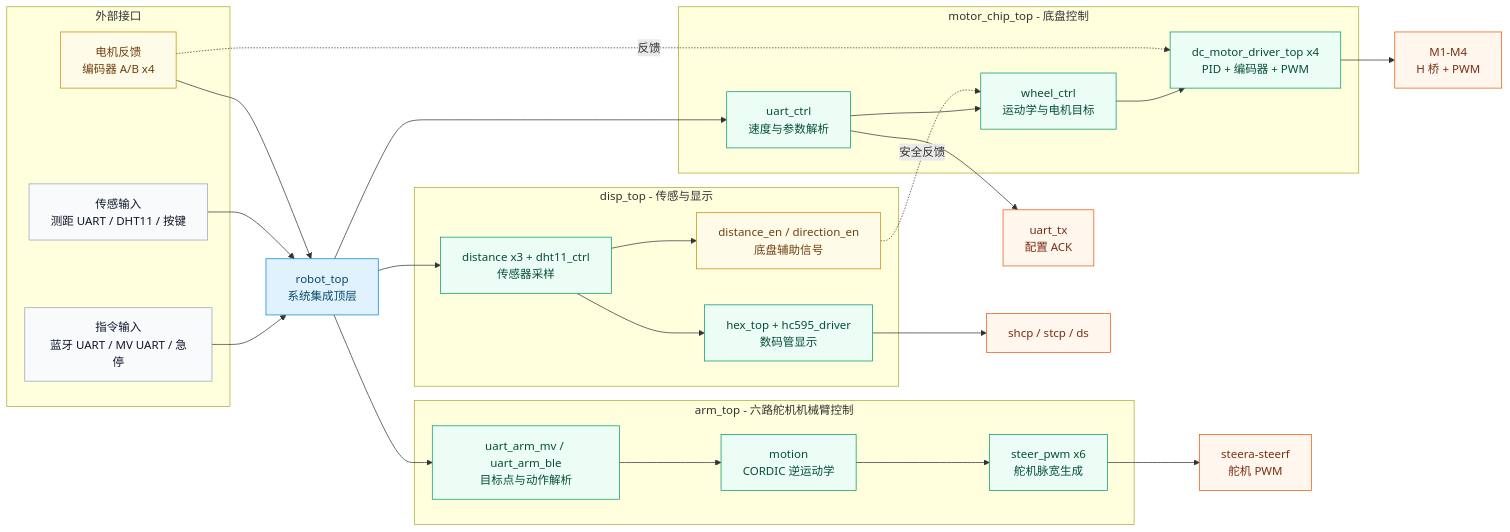
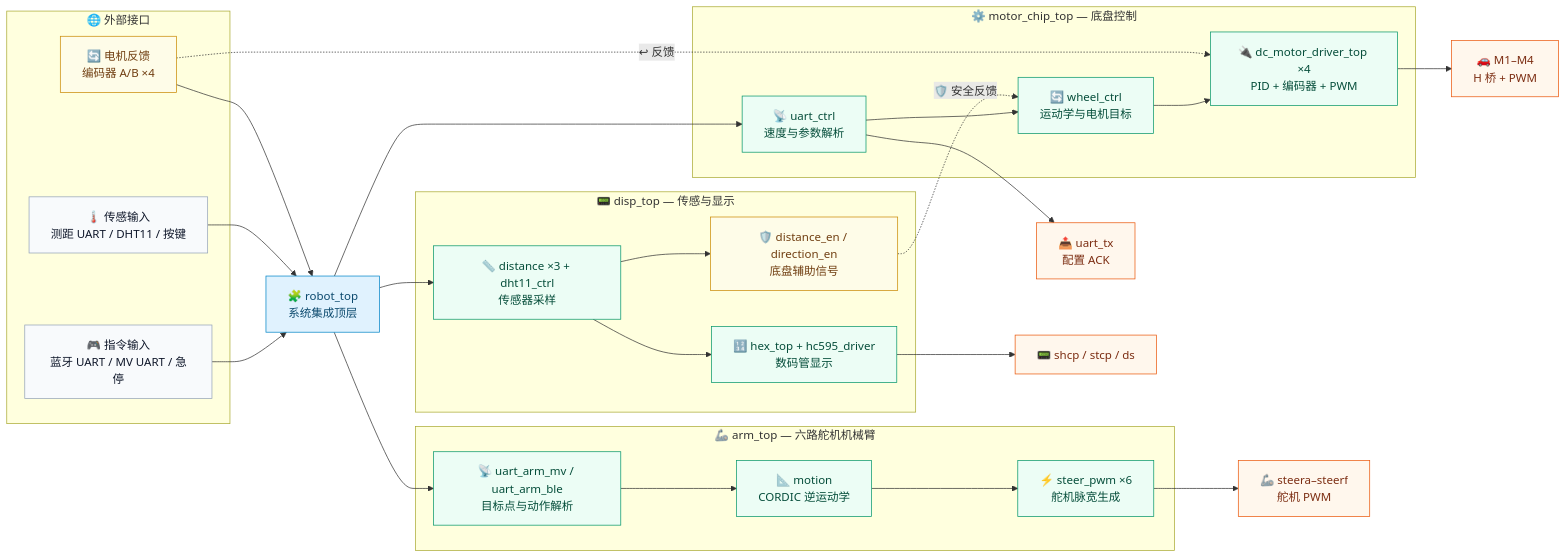
One commit to yifeistarwang-coder/RoboMotion-FPGA changed the diagram in README_CN.md. Above: the diagram before and after it, drawn with Mermaid. The commit also changed other lines of this file and 1 other file, not shown here.

````diff
--- a/README_CN.md
+++ b/README_CN.md
@@ -70,61 +142,61 @@
 ```mermaid
 flowchart LR
   classDef external fill:#f8fafc,stroke:#94a3b8,color:#0f172a;
   classDef top fill:#e0f2fe,stroke:#0284c7,color:#0c4a6e;
   classDef core fill:#ecfdf5,stroke:#059669,color:#064e3b;
   classDef output fill:#fff7ed,stroke:#ea580c,color:#7c2d12;
   classDef feedback fill:#fefce8,stroke:#ca8a04,color:#713f12;
 
-  subgraph IN["外部接口"]
-    command_in["指令输入<br/>蓝牙 UART / MV UART / 急停"]
-    sensor_in["传感输入<br/>测距 UART / DHT11 / 按键"]
-    enc["电机反馈<br/>编码器 A/B x4"]
+  subgraph IN["🌐 外部接口"]
+    command_in["🎮 指令输入<br/>蓝牙 UART / MV UART / 急停"]
+    sensor_in["🌡️ 传感输入<br/>测距 UART / DHT11 / 按键"]
+    enc["🔄 电机反馈<br/>编码器 A/B ×4"]
   end
 
-  robot_top["robot_top<br/>系统集成顶层"]
+  robot_top["🧩 robot_top<br/>系统集成顶层"]
 
-  subgraph CHASSIS["motor_chip_top - 底盘控制"]
-    chassis_uart["uart_ctrl<br/>速度与参数解析"]
-    wheel_ctrl["wheel_ctrl<br/>运动学与电机目标"]
-    motor_driver["dc_motor_driver_top x4<br/>PID + 编码器 + PWM"]
+  subgraph CHASSIS["⚙️ motor_chip_top — 底盘控制"]
+    chassis_uart["📡 uart_ctrl<br/>速度与参数解析"]
+    wheel_ctrl["🔄 wheel_ctrl<br/>运动学与电机目标"]
+    motor_driver["🔌 dc_motor_driver_top ×4<br/>PID + 编码器 + PWM"]
   end
 
-  subgraph ARM["arm_top - 六路舵机机械臂控制"]
-    arm_uart["uart_arm_mv / uart_arm_ble<br/>目标点与动作解析"]
-    arm_motion["motion<br/>CORDIC 逆运动学"]
-    servo_pwm["steer_pwm x6<br/>舵机脉宽生成"]
+  subgraph ARM["🦾 arm_top — 六路舵机机械臂"]
+    arm_uart["📡 uart_arm_mv / uart_arm_ble<br/>目标点与动作解析"]
+    arm_motion["📐 motion<br/>CORDIC 逆运动学"]
+    servo_pwm["⚡ steer_pwm ×6<br/>舵机脉宽生成"]
   end
 
-  subgraph DISPLAY["disp_top - 传感与显示"]
-    sensing["distance x3 + dht11_ctrl<br/>传感器采样"]
-    display["hex_top + hc595_driver<br/>数码管显示"]
-    guard["distance_en / direction_en<br/>底盘辅助信号"]
+  subgraph DISPLAY["📟 disp_top — 传感与显示"]
+    sensing["📏 distance ×3 + dht11_ctrl<br/>传感器采样"]
+    display["🔢 hex_top + hc595_driver<br/>数码管显示"]
+    guard["🛡️ distance_en / direction_en<br/>底盘辅助信号"]
   end
 
   command_in --> robot_top
   sensor_in --> robot_top
   enc --> robot_top
 
   robot_top --> chassis_uart
   chassis_uart --> wheel_ctrl
   wheel_ctrl --> motor_driver
-  motor_driver --> motors["M1-M4<br/>H 桥 + PWM"]
-  enc -. 反馈 .-> motor_driver
-  chassis_uart --> uart_tx["uart_tx<br/>配置 ACK"]
+  motor_driver --> motors["🚗 M1–M4<br/>H 桥 + PWM"]
+  enc -. ↩ 反馈 .-> motor_driver
+  chassis_uart --> uart_tx["📤 uart_tx<br/>配置 ACK"]
 
   robot_top --> arm_uart
   arm_uart --> arm_motion
   arm_motion --> servo_pwm
-  servo_pwm --> servos["steera-steerf<br/>舵机 PWM"]
+  servo_pwm --> servos["🦾 steera–steerf<br/>舵机 PWM"]
 
   robot_top --> sensing
   sensing --> display
-  display --> panel["shcp / stcp / ds"]
-  sensing --> guard -. 安全反馈 .-> wheel_ctrl
+  display --> panel["📟 shcp / stcp / ds"]
+  sensing --> guard -. 🛡️ 安全反馈 .-> wheel_ctrl
 
   class command_in,sensor_in external;
   class robot_top top;
   class chassis_uart,wheel_ctrl,motor_driver,arm_uart,arm_motion,servo_pwm,sensing,display,guard core;
   class motors,uart_tx,servos,panel output;
   class enc,guard feedback;
 ```
````
